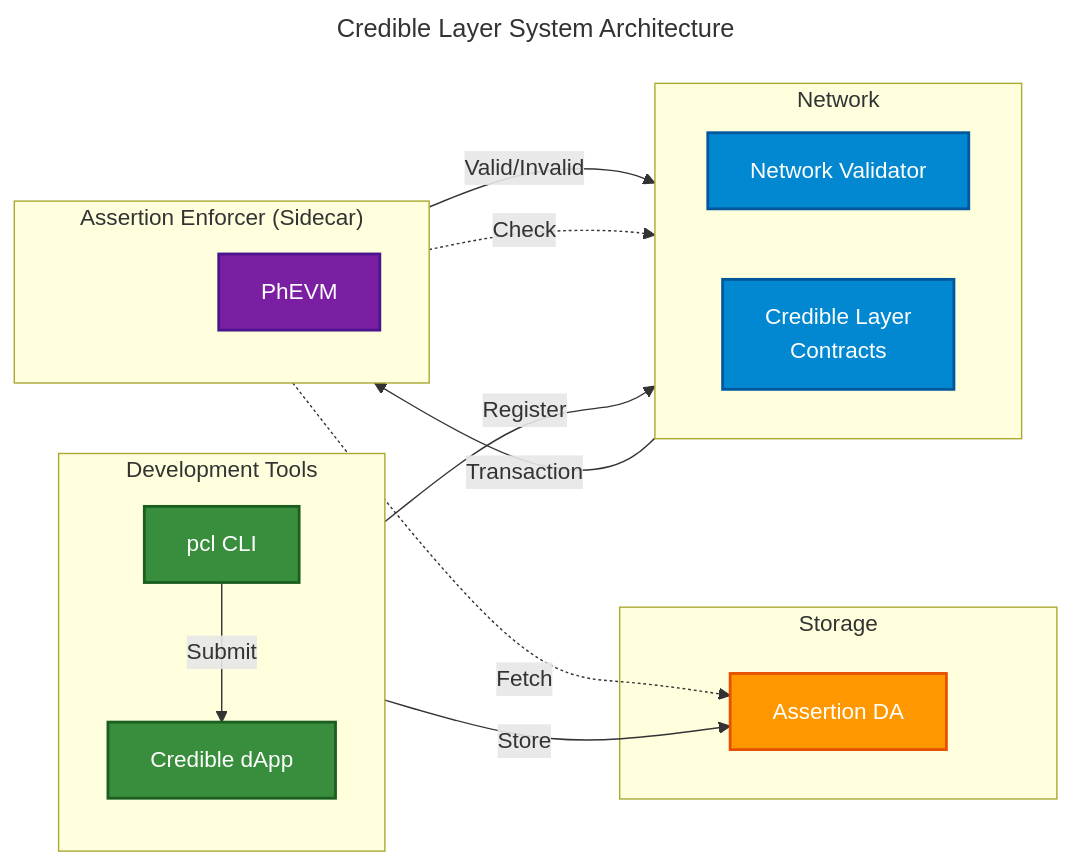
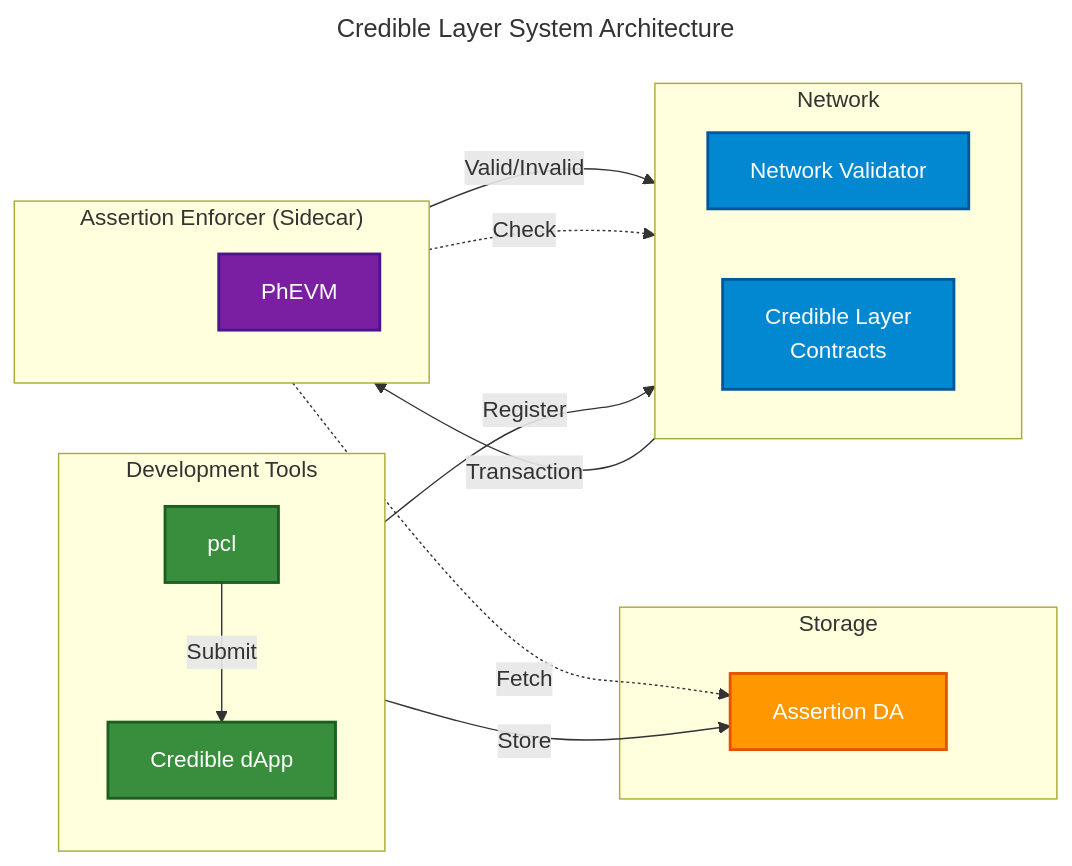
The first of 3 diagrams in credible/architecture-overview.mdx (phylaxsystems/phylax-docs), drawn with Mermaid before and after one commit. The commit also changed other lines of this file and 13 other files, not shown here.

````diff
--- a/credible/architecture-overview.mdx
+++ b/credible/architecture-overview.mdx
@@ -39,48 +39,48 @@
 ```mermaid
 ---
 title: Credible Layer System Architecture
 ---
 flowchart LR
     subgraph dev["Development Tools"]
         direction TB
-        CLI["pcl CLI"]
+        CLI["pcl"]
         DAPP["Credible dApp"]
     end
 
     subgraph storage["Storage"]
         DA["Assertion DA"]
     end
 
     subgraph network["Network"]
         direction LR
         VALIDATOR["Network Validator"]
         REGISTRY["Credible Layer<br/>Contracts"]
     end
 
     subgraph enforcer["Assertion Enforcer (Sidecar)"]
         direction TB
         SPACER_E[" "]
         PhEVM["PhEVM"]
     end
 
     CLI -->|"Store"| DA
     CLI -->|"Submit"| DAPP
     DAPP -->|"Register"| REGISTRY
 
     VALIDATOR -->|"Transaction"| PhEVM
     PhEVM -->|"Valid/Invalid"| VALIDATOR
     PhEVM -.->|"Fetch"| DA
     PhEVM -.->|"Check"| REGISTRY
 
     classDef dev fill:#388e3c,stroke:#1b5e20,stroke-width:2px,color:#fff
     classDef storage fill:#ff9800,stroke:#e65100,stroke-width:2px,color:#fff
     classDef network fill:#0288d1,stroke:#01579b,stroke-width:2px,color:#fff
     classDef sidecar fill:#7b1fa2,stroke:#4a148c,stroke-width:2px,color:#fff
     classDef invisible fill:none,stroke:none
 
     class CLI,DAPP dev
     class DA storage
     class VALIDATOR,REGISTRY network
     class PhEVM sidecar
     class SPACER_E invisible
 ```
````
